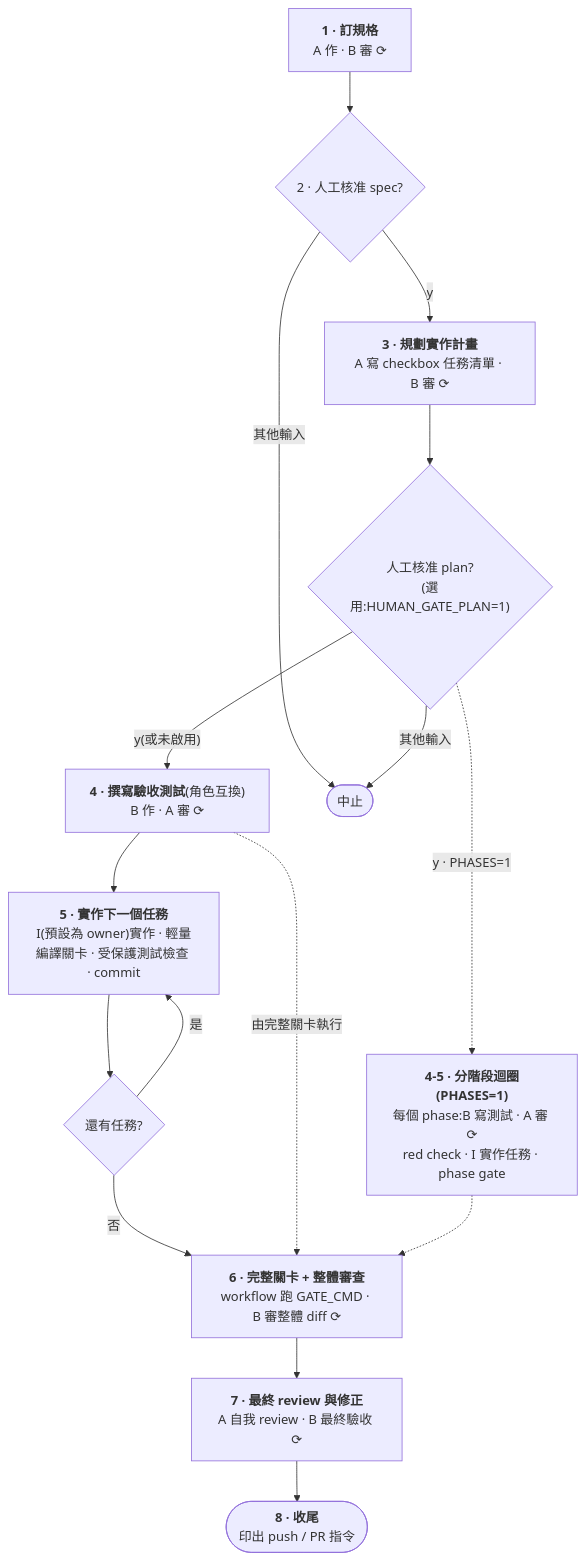
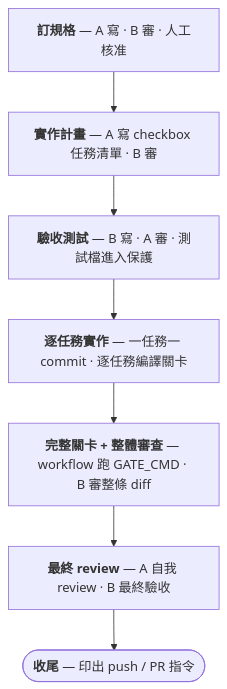
One commit to yhchiu/adversarial-ai-coding changed the diagram in README.zh-TW.md. Above: the diagram before and after it, drawn with Mermaid. The commit also changed other lines of this file and 3 other files, not shown here.

````diff
--- a/README.zh-TW.md
+++ b/README.zh-TW.md
@@ -20,28 +22,11 @@
 ```mermaid
 flowchart TD
-    spec["<b>1 · 訂規格</b><br/>A 作 · B 審 ⟳"]
-    gate{"2 · 人工核准 spec?"}
-    plan["<b>3 · 規劃實作計畫</b><br/>A 寫 checkbox 任務清單 · B 審 ⟳"]
-    plangate{"人工核准 plan?<br/>(選用:HUMAN_GATE_PLAN=1)"}
-    tests["<b>4 · 撰寫驗收測試</b>(角色互換)<br/>B 作 · A 審 ⟳"]
-    task["<b>5 · 實作下一個任務</b><br/>I(預設為 owner)實作 · 輕量編譯關卡 · 受保護測試檢查 · commit"]
-    more{"還有任務?"}
-    branch["<b>6 · 完整關卡 + 整體審查</b><br/>workflow 跑 GATE_CMD · B 審整體 diff ⟳"]
-    final["<b>7 · 最終 review 與修正</b><br/>A 自我 review · B 最終驗收 ⟳"]
-    fin(["<b>8 · 收尾</b><br/>印出 push / PR 指令"])
-    abort(["中止"])
-
-    spec --> gate
-    gate -- "y" --> plan
-    gate -- "其他輸入" --> abort
-    plan --> plangate
-    plangate -- "y(或未啟用)" --> tests
-    plangate -- "其他輸入" --> abort
-    tests --> task --> more
-    more -- "是" --> task
-    more -- "否" --> branch --> final --> fin
-    tests -. "由完整關卡執行" .-> branch
-    phased["<b>4-5 · 分階段迴圈(PHASES=1)</b><br/>每個 phase:B 寫測試 · A 審 ⟳<br/>red check · I 實作任務 · phase gate"]
-    plangate -. "y · PHASES=1" .-> phased
-    phased -.-> branch
+    spec["<b>訂規格</b> — A 寫 · B 審 · 人工核准"]
+    plan["<b>實作計畫</b> — A 寫 checkbox 任務清單 · B 審"]
+    tests["<b>驗收測試</b> — B 寫 · A 審 · 測試檔進入保護"]
+    impl["<b>逐任務實作</b> — 一任務一 commit · 逐任務編譯關卡"]
+    gate["<b>完整關卡 + 整體審查</b> — workflow 跑 GATE_CMD · B 審整條 diff"]
+    final["<b>最終 review</b> — A 自我 review · B 最終驗收"]
+    fin(["<b>收尾</b> — 印出 push / PR 指令"])
+    spec --> plan --> tests --> impl --> gate --> final --> fin
 ```
````
